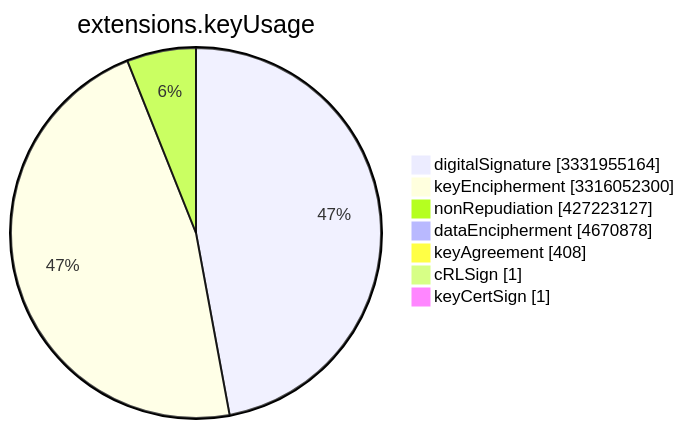
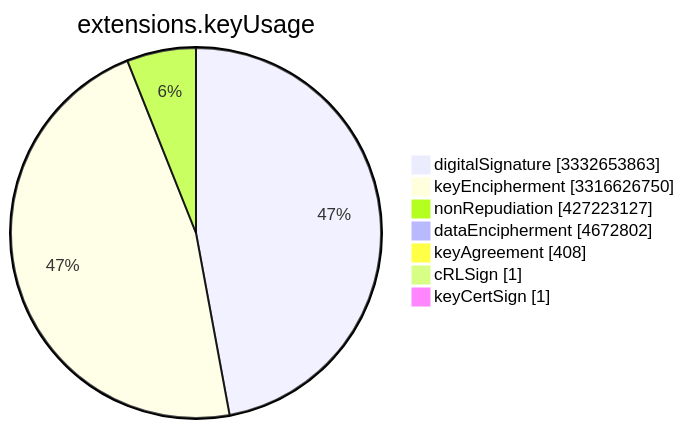
One commit to christiankrug/ctmonitor_visualization changed the sixth of 15 diagrams in TOTAL/README.md. Above: the diagram before and after it, drawn with Mermaid. The commit also changed other lines of this file, not shown here.

````diff
--- a/TOTAL/README.md
+++ b/TOTAL/README.md
@@ -3078,11 +3078,11 @@
 ```mermaid
 pie showData
 title extensions.keyUsage
-"digitalSignature" :3331955164
-"keyEncipherment" :3316052300
+"digitalSignature" :3332653863
+"keyEncipherment" :3316626750
 "nonRepudiation" :427223127
-"dataEncipherment" :4670878
+"dataEncipherment" :4672802
 "keyAgreement" :408
 "cRLSign" :1
 "keyCertSign" :1
 ```
````
